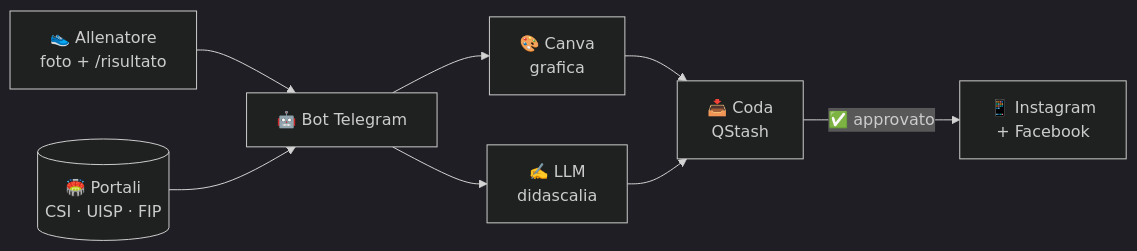
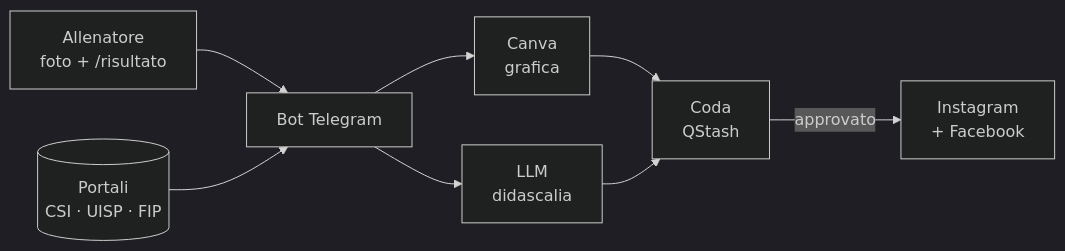
The diagram in README.md (masterx567/club-social-bot), drawn with Mermaid (dark theme) before and after one commit. The commit also changed other lines of this file, not shown here.

````diff
--- a/README.md
+++ b/README.md
@@ -47,10 +47,10 @@
 ```mermaid
 flowchart LR
-    A[👟 Allenatore<br>foto + /risultato] --> B[🤖 Bot Telegram]
-    P[(🏟️ Portali<br>CSI · UISP · FIP)] --> B
-    B --> C[🎨 Canva<br>grafica]
-    B --> L[✍️ LLM<br>didascalia]
-    C --> Q[📥 Coda<br>QStash]
+    A[Allenatore<br>foto + /risultato] --> B[Bot Telegram]
+    P[(Portali<br>CSI · UISP · FIP)] --> B
+    B --> C[Canva<br>grafica]
+    B --> L[LLM<br>didascalia]
+    C --> Q[Coda<br>QStash]
     L --> Q
-    Q -->|✅ approvato| I[📱 Instagram<br>+ Facebook]
+    Q -->|approvato| I[Instagram<br>+ Facebook]
 ```
````
